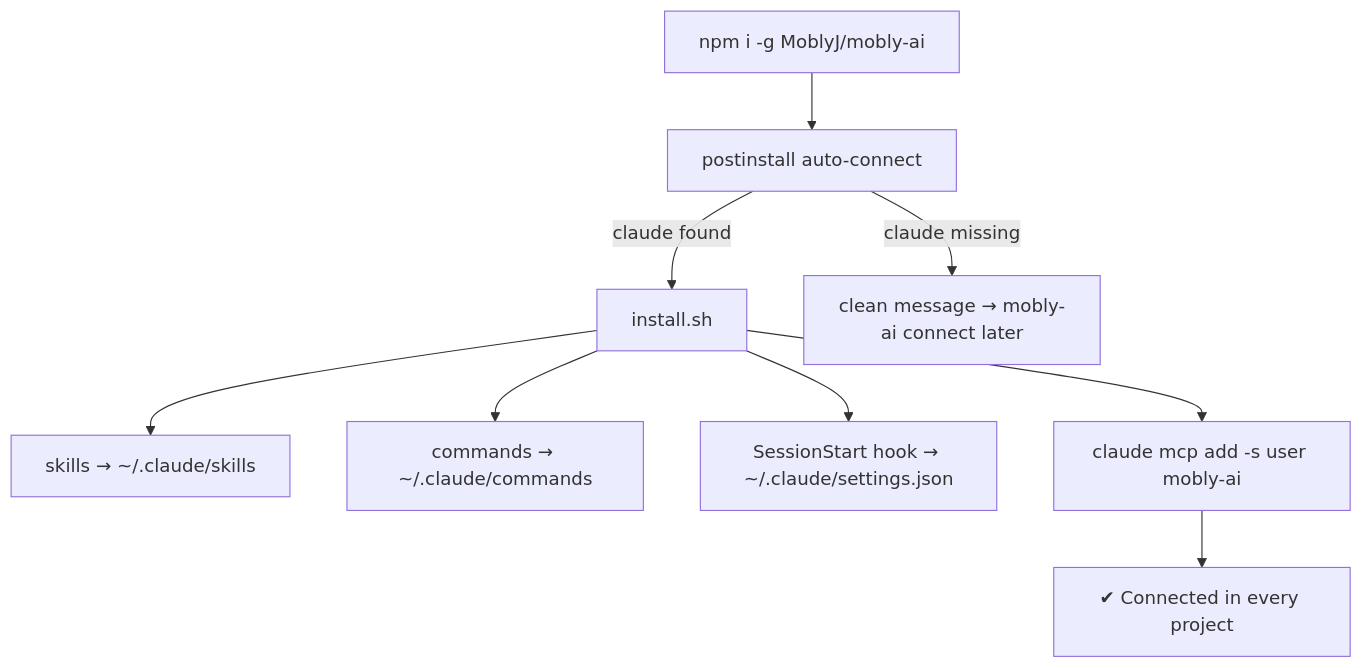
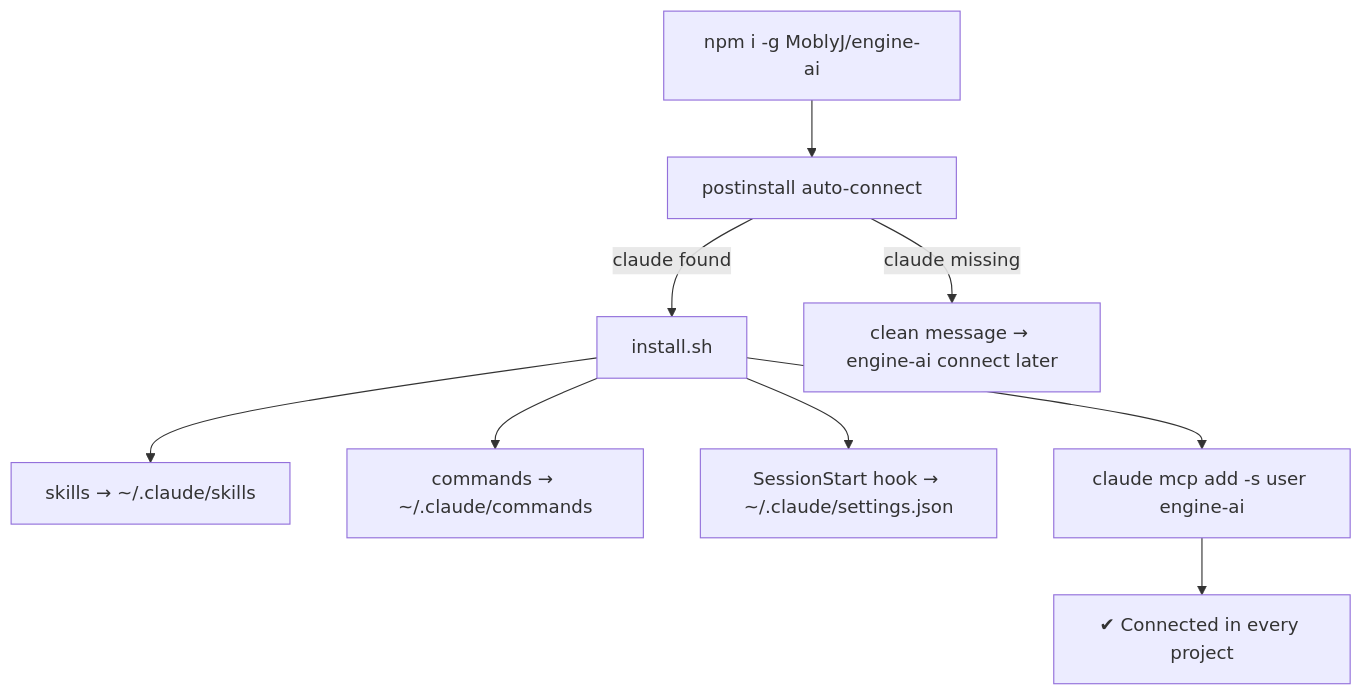
Before and after one commit to MoblyJ/engine-ai: the second of 2 diagrams in README.md, drawn with Mermaid. The commit also changed other lines of this file and 17 other files, not shown here.

Commit message:
Rename mobly-ai → engine-ai; add 'what each agent does' to README

````diff
--- a/README.md
+++ b/README.md
@@ -121,11 +157,11 @@
 ```mermaid
 flowchart TD
-  N["npm i -g MoblyJ/mobly-ai"] --> P[postinstall auto-connect]
+  N["npm i -g MoblyJ/engine-ai"] --> P[postinstall auto-connect]
   P -->|claude found| I[install.sh]
-  P -->|claude missing| M["clean message → mobly-ai connect later"]
+  P -->|claude missing| M["clean message → engine-ai connect later"]
   I --> S1[skills → ~/.claude/skills]
   I --> S2[commands → ~/.claude/commands]
   I --> S3[SessionStart hook → ~/.claude/settings.json]
-  I --> S4["claude mcp add -s user mobly-ai"]
+  I --> S4["claude mcp add -s user engine-ai"]
   S4 --> R["✔ Connected in every project"]
 ```
````
